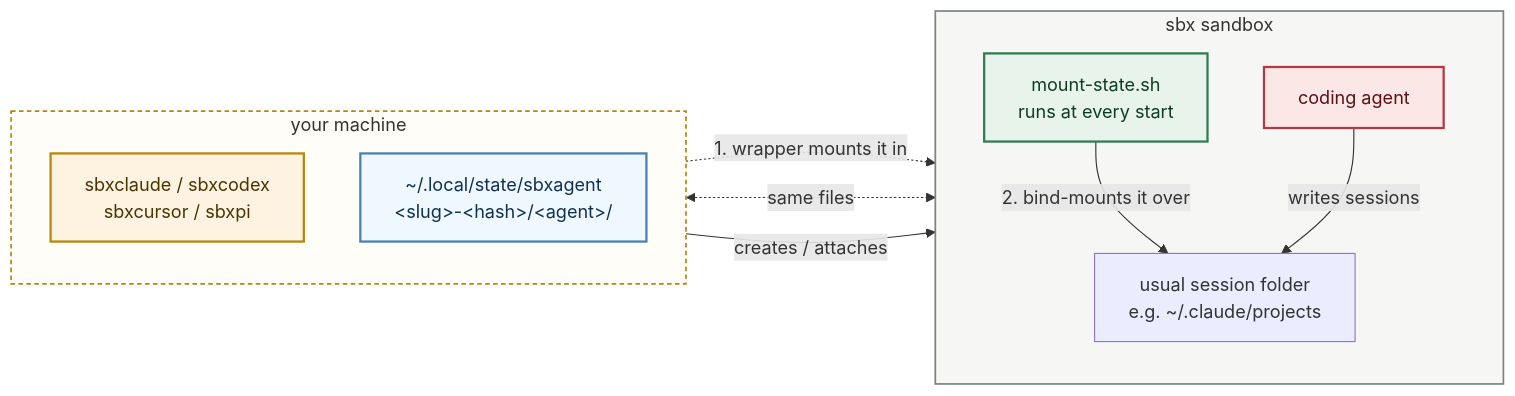
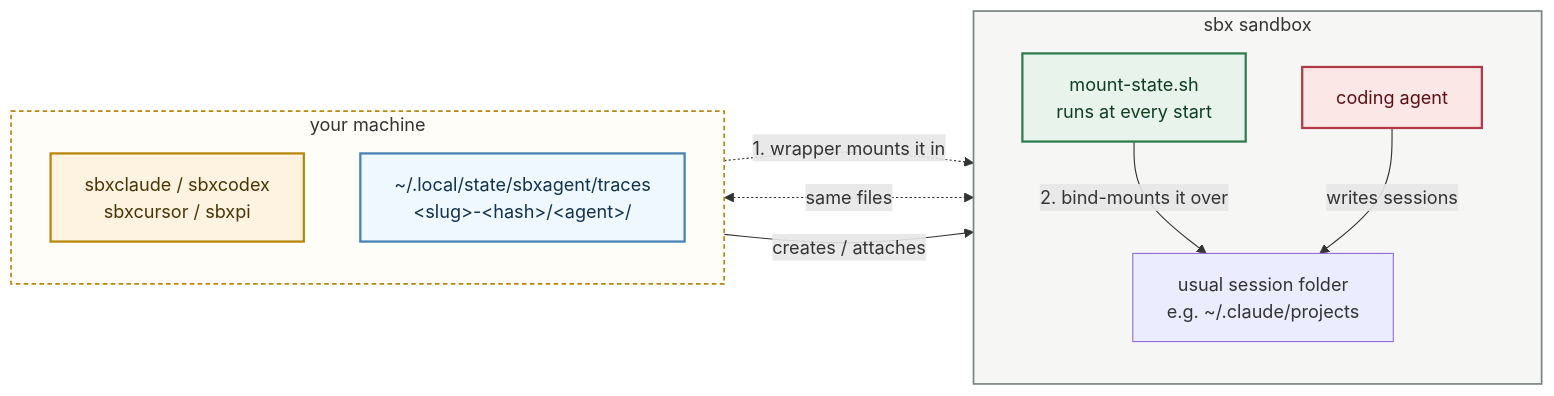
Before and after one commit to lars20070/sbxagent: the first of 3 diagrams in docs/traces.md, drawn with Mermaid. The commit also changed other lines of this file and 6 other files, not shown here.

````diff
--- a/docs/traces.md
+++ b/docs/traces.md
@@ -35,32 +35,32 @@
 ```mermaid
 flowchart LR
   subgraph HOST["your machine"]
     direction TB
     WRAP["sbxclaude / sbxcodex<br/>sbxcursor / sbxpi"]
-    STATE["~/.local/state/sbxagent<br/>&lt;slug&gt;-&lt;hash&gt;/&lt;agent&gt;/"]
+    STATE["~/.local/state/sbxagent/traces<br/>&lt;slug&gt;-&lt;hash&gt;/&lt;agent&gt;/"]
   end
 
   subgraph VM["sbx sandbox"]
     direction TB
     MOUNT["mount-state.sh<br/>runs at every start"]
     STOCK["usual session folder<br/>e.g. ~/.claude/projects"]
     AGENT["coding agent"]
   end
 
   WRAP -->|"creates / attaches"| VM
   STATE -.->|"1. wrapper mounts it in"| MOUNT
   MOUNT -->|"2. bind-mounts it over"| STOCK
   STATE <-.->|"same files"| STOCK
   AGENT -->|"writes sessions"| STOCK
 
   classDef data    fill:aliceblue,stroke:steelblue,stroke-width:2px,color:#10314F
   classDef host    fill:#FDF3E0,stroke:#B8860B,stroke-width:2px,color:#4A3405
   classDef agent   fill:#FCE7E7,stroke:#B23A48,stroke-width:2px,color:#5A1015
   classDef step    fill:#E8F3EC,stroke:#2E7D4F,stroke-width:2px,color:#0F3D22
   class STATE data
   class WRAP host
   class AGENT agent
   class MOUNT step
   style VM fill:#F6F6F5,stroke:#7A8482,stroke-width:1.5px
   style HOST fill:#FFFDF7,stroke:#B8860B,stroke-width:1.5px,stroke-dasharray:4 3
 ```
````
